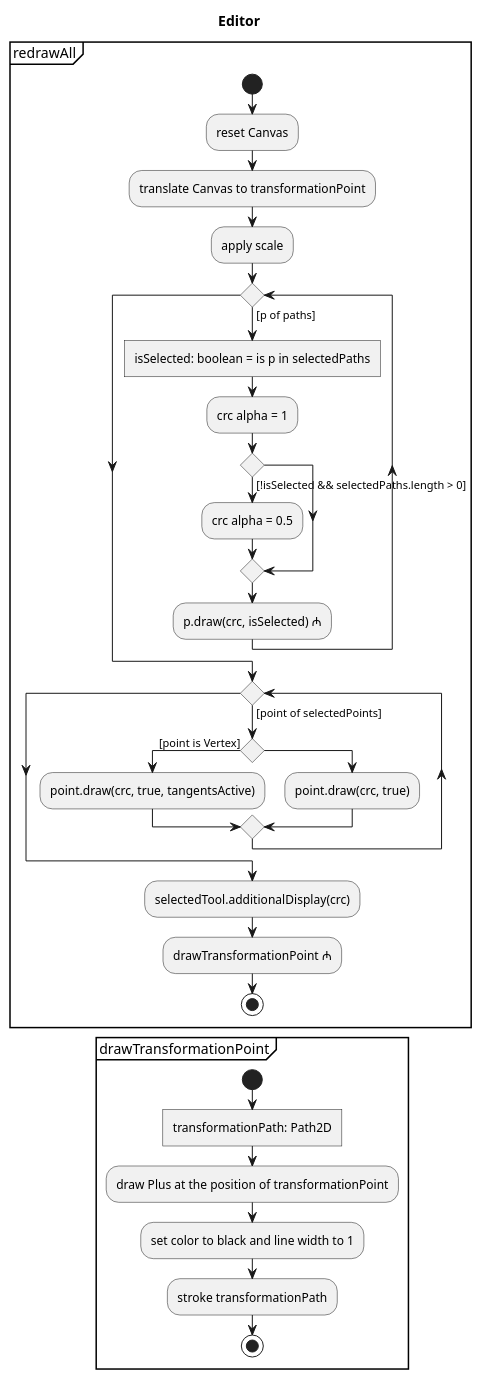
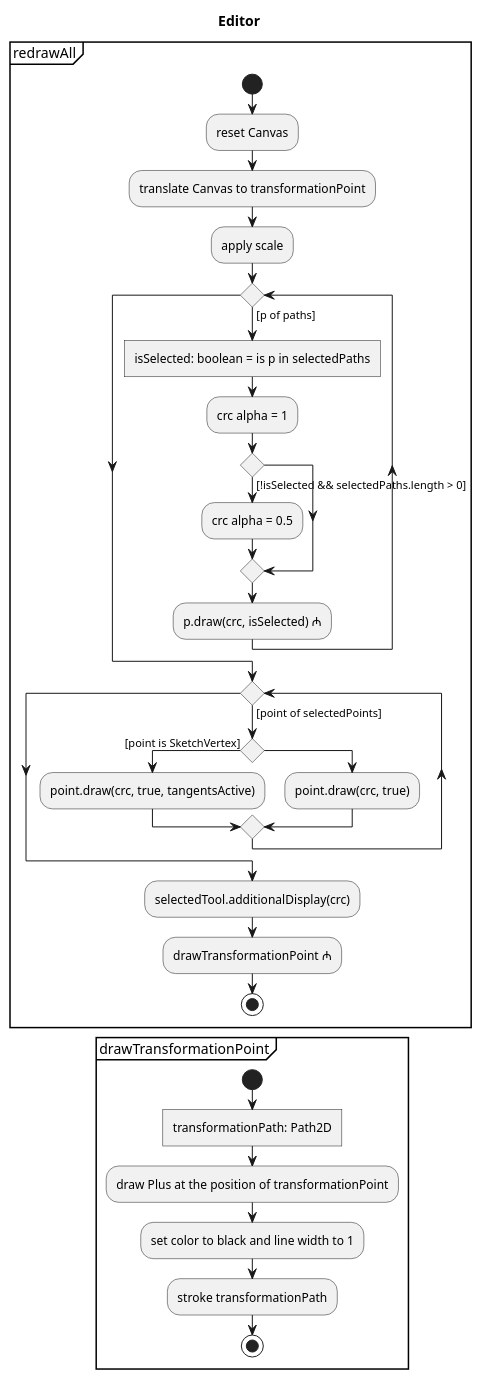
The diagram in Experiments/Lukas/VectorEditor/concept/Activities/Editor/redrawAll.puml (JirkaDellOro/FUDGE), drawn with PlantUML before and after one commit. The commit also changed 37 other files, not shown here.

Commit message:
more Diagrams, images and fixes

```diff
--- a/Experiments/Lukas/VectorEditor/concept/Activities/Editor/redrawAll.puml
+++ b/Experiments/Lukas/VectorEditor/concept/Activities/Editor/redrawAll.puml
@@ -1,45 +1,45 @@
 @startuml redrawAll
 skinparam monochrome true
 
 title Editor
 
 partition redrawAll {
 	start
 	:reset Canvas;
 	:translate Canvas to transformationPoint;
 	:apply scale;
 
 	while() is ([p of paths])
 		:isSelected: boolean = is p in selectedPaths]
 			:crc alpha = 1;
 		if() then ([!isSelected && selectedPaths.length > 0])
 			:crc alpha = 0.5;
 		endif
 		:p.draw(crc, isSelected) ₼;
 	endwhile
 
 	while() is ([point of selectedPoints])
-		if() then ([point is Vertex])
+		if() then ([point is SketchVertex])
 			:point.draw(crc, true, tangentsActive);
 		else
 			:point.draw(crc, true);
 		endif
 	endwhile
 
 	' :reset transformation;
 	:selectedTool.additionalDisplay(crc);
 	:drawTransformationPoint ₼;
 
 	stop 
 }
 break
 
 partition drawTransformationPoint {
 	start
 	:transformationPath: Path2D]
 	:draw Plus at the position of transformationPoint;
 	:set color to black and line width to 1;
 	:stroke transformationPath;
 	stop
 }
 @enduml
```
